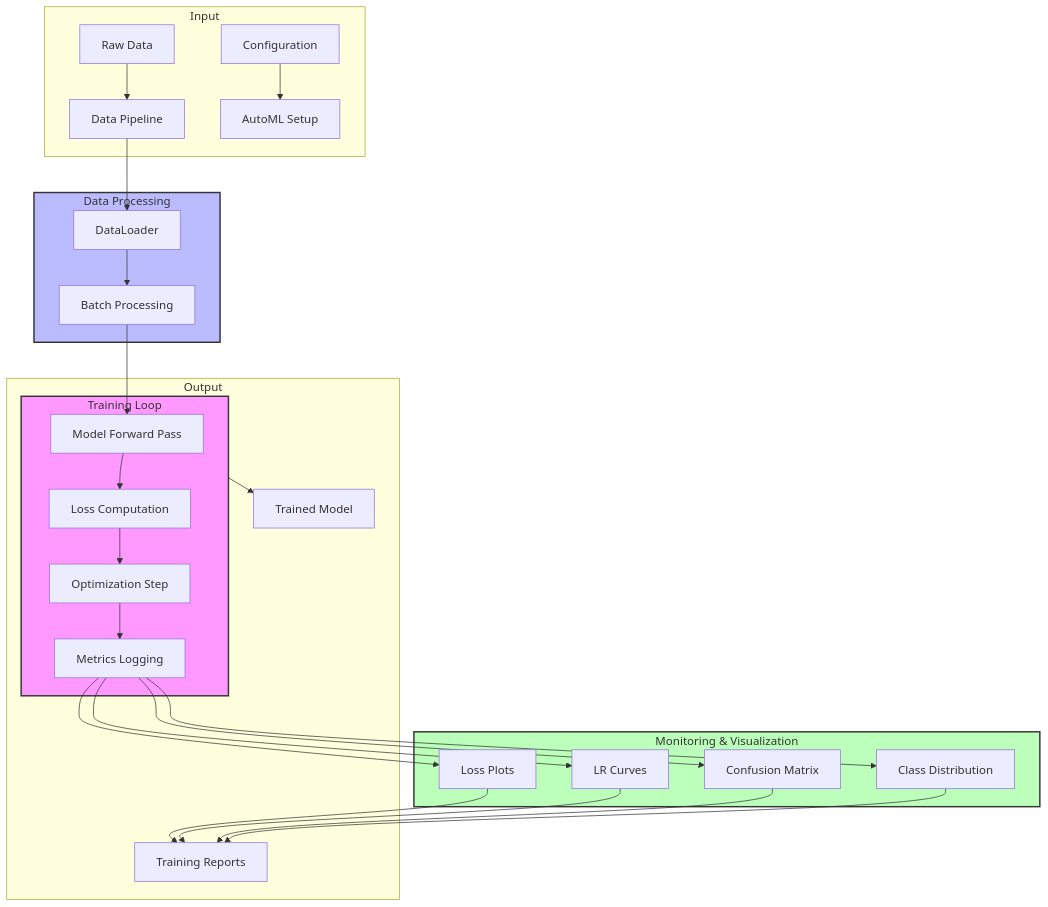
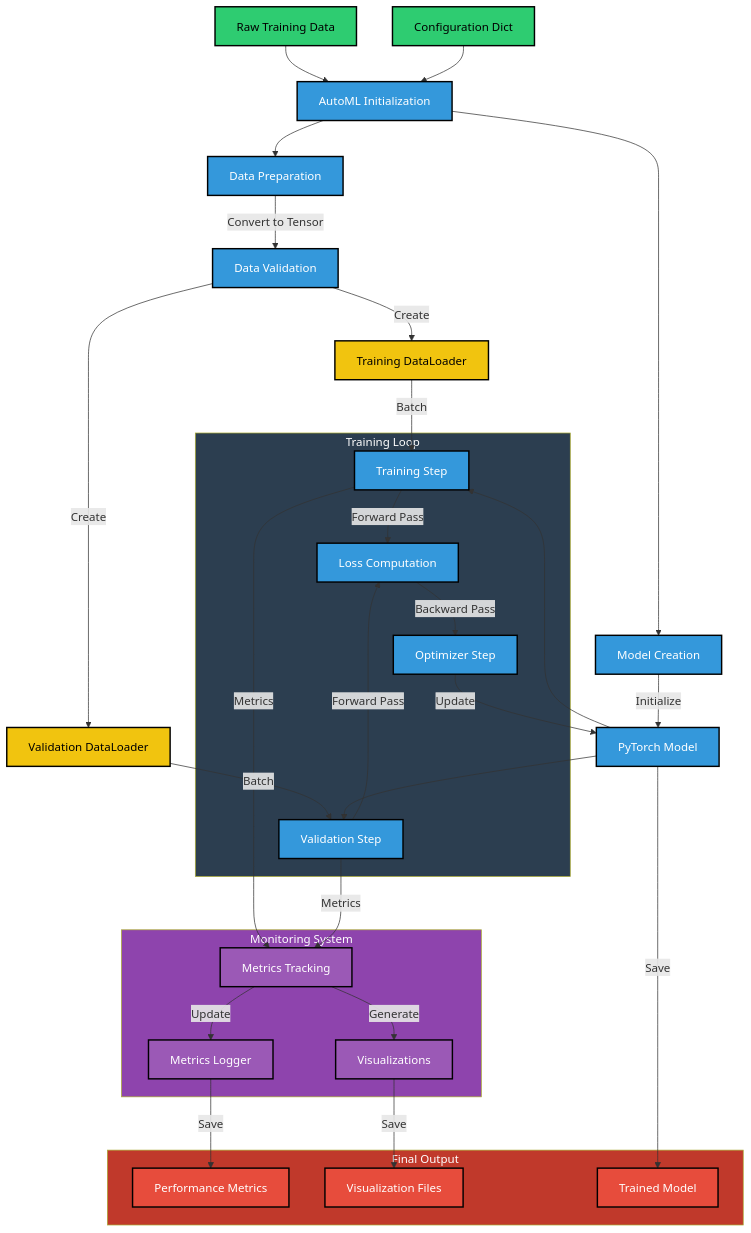
One commit to DarkStarStrix/Auto_Api changed the eighth of 8 diagrams in Writerside/topics/starter-topic.md. Above: the diagram before and after it, drawn with Mermaid. The commit also changed other lines of this file and 73 other files, not shown here.

````diff
--- a/Writerside/topics/starter-topic.md
+++ b/Writerside/topics/starter-topic.md
@@ -474,36 +1092,74 @@
 ```mermaid
 flowchart TD
-    subgraph Input
-        A[Raw Data] --> B[Data Pipeline]
-        C[Configuration] --> D[AutoML Setup]
+    %% Define color scheme
+    classDef input fill:#2ecc71,stroke:#000,stroke-width:2px,color:black;
+    classDef process fill:#3498db,stroke:#000,stroke-width:2px,color:white;
+    classDef monitor fill:#9b59b6,stroke:#000,stroke-width:2px,color:white;
+    classDef output fill:#e74c3c,stroke:#000,stroke-width:2px,color:white;
+    classDef dataflow fill:#f1c40f,stroke:#000,stroke-width:2px,color:black;
+
+    %% Input nodes
+    rawData[Raw Training Data]:::input
+    configData[Configuration Dict]:::input
+
+    %% AutoML initialization
+    autoInit[AutoML Initialization]:::process
+    rawData & configData --> autoInit
+
+    %% Data Processing Flow
+    dataPrepare[Data Preparation]:::process
+    autoInit --> dataPrepare
+    dataPrepare --> |Convert to Tensor|dataValidate[Data Validation]:::process
+    dataValidate --> |Create|trainLoader[Training DataLoader]:::dataflow
+    dataValidate --> |Create|valLoader[Validation DataLoader]:::dataflow
+
+    %% Model Creation and Setup
+    modelCreate[Model Creation]:::process
+    autoInit --> modelCreate
+    modelCreate --> |Initialize|model[PyTorch Model]:::process
+
+    %% Training Loop
+    trainLoader --> |Batch|trainStep[Training Step]:::process
+    valLoader --> |Batch|valStep[Validation Step]:::process
+    
+    model --> trainStep & valStep
+    
+    trainStep --> |Forward Pass|lossCompute[Loss Computation]:::process
+    valStep --> |Forward Pass|lossCompute
+    
+    lossCompute --> |Backward Pass|optimizer[Optimizer Step]:::process
+    optimizer --> |Update|model
+
+    %% Monitoring and Metrics
+    trainStep & valStep --> |Metrics|monitor[Metrics Tracking]:::monitor
+    monitor --> |Update|metricsLog[Metrics Logger]:::monitor
+    monitor --> |Generate|plots[Visualizations]:::monitor
+
+    %% Output
+    metricsLog --> |Save|finalMetrics[Performance Metrics]:::output
+    plots --> |Save|finalPlots[Visualization Files]:::output
+    model --> |Save|finalModel[Trained Model]:::output
+
+    %% Subgraph Styling
+    subgraph Training ["Training Loop"]
+        style Training fill:#2c3e50,color:white;
+        trainStep
+        valStep
+        lossCompute
+        optimizer
     end
 
-    subgraph DataProcessing["Data Processing"]
-        B --> E[DataLoader]
-        E --> F[Batch Processing]
+    subgraph Monitoring ["Monitoring System"]
+        style Monitoring fill:#8e44ad,color:white;
+        monitor
+        metricsLog
+        plots
     end
 
-    subgraph Training["Training Loop"]
-        F --> G[Model Forward Pass]
-        G --> H[Loss Computation]
-        H --> I[Optimization Step]
-        I --> J[Metrics Logging]
+    subgraph Output ["Final Output"]
+        style Output fill:#c0392b,color:white;
+        finalMetrics
+        finalPlots
+        finalModel
     end
-
-    subgraph Monitoring["Monitoring & Visualization"]
-        J --> K[Loss Plots]
-        J --> L[LR Curves]
-        J --> M[Confusion Matrix]
-        J --> N[Class Distribution]
-    end
-
-    subgraph Output["Output"]
-        K & L & M & N --> O[Training Reports]
-        Training --> P[Trained Model]
-    end
-
-    style Training fill:#f9f,stroke:#333,stroke-width:2px
-    style DataProcessing fill:#bbf,stroke:#333,stroke-width:2px
-    style Monitoring fill:#bfb,stroke:#333,stroke-width:2px
-    
 ```
````
